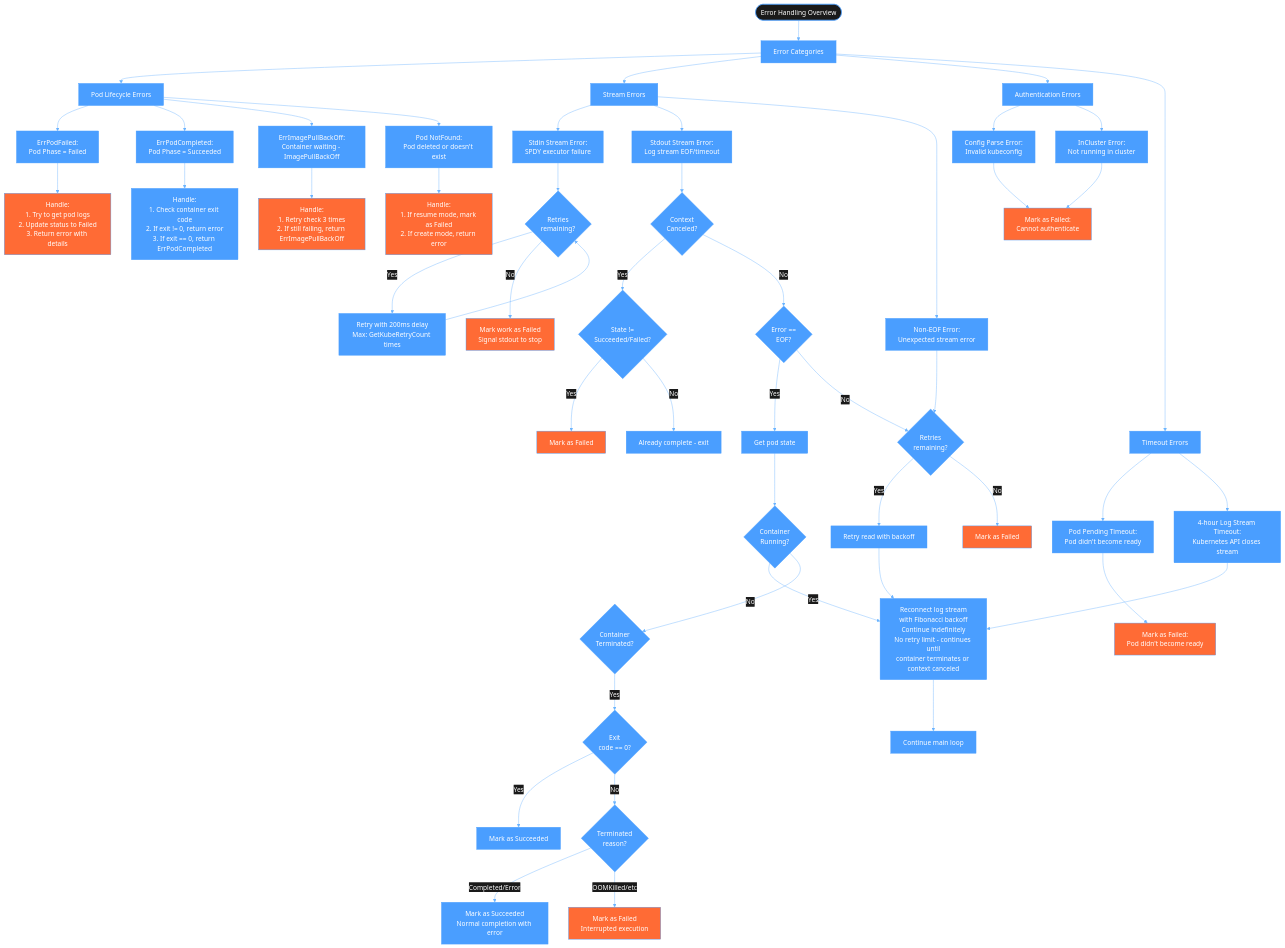
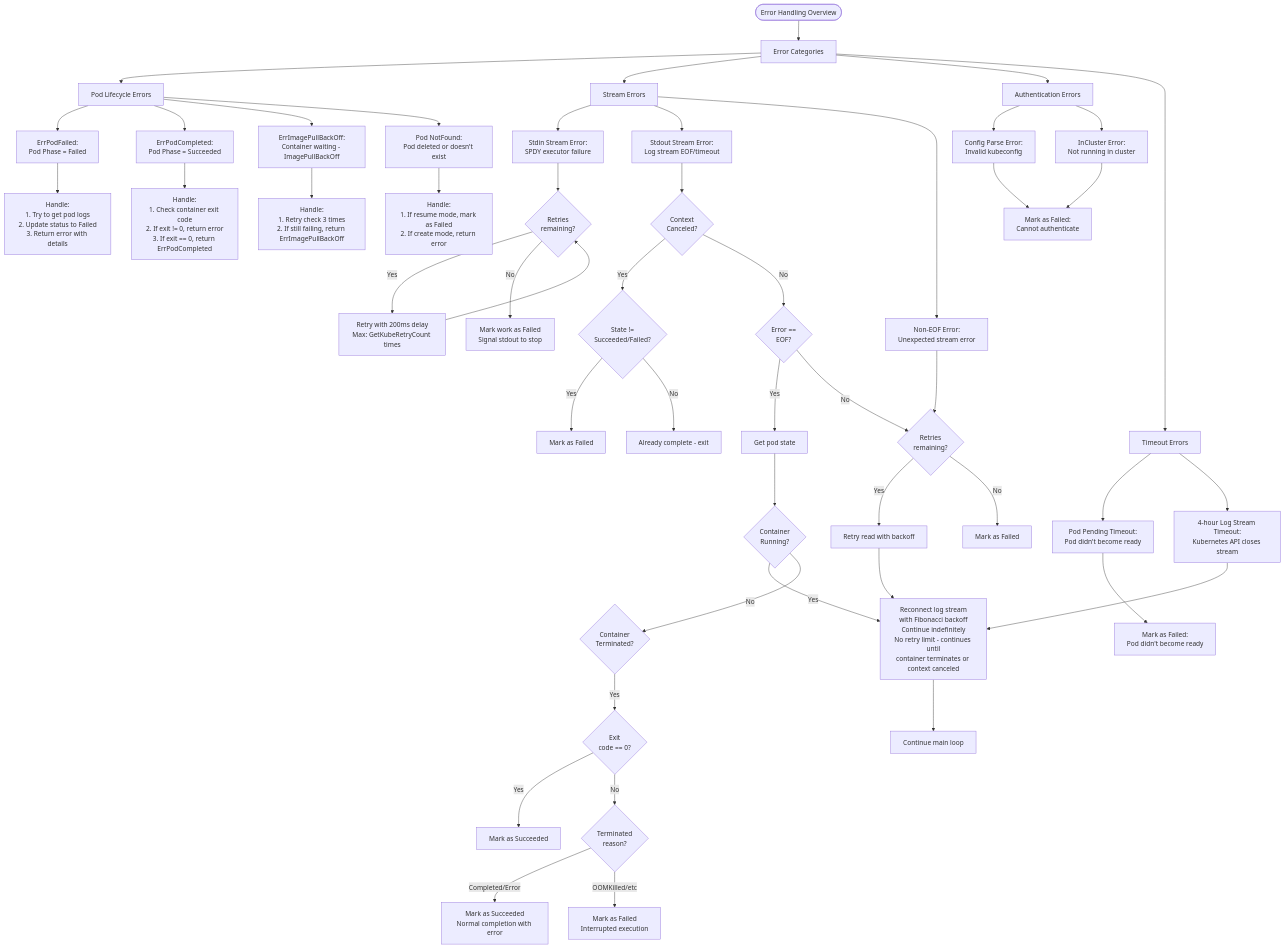
Before and after one commit to ansible/receptor: the seventh of 7 diagrams in docs/diagrams/kubernetes_workflow.md, drawn with Mermaid. The commit also changed other lines of this file, not shown here.

Commit message:
Remove styling so the diagram is legible in both dark mode and light mode

````diff
--- a/docs/diagrams/kubernetes_workflow.md
+++ b/docs/diagrams/kubernetes_workflow.md
@@ -697,5 +671,4 @@
 ```mermaid
-%%{init: {'theme':'base', 'themeVariables': { 'primaryColor':'#4a9eff', 'primaryTextColor':'#ffffff', 'primaryBorderColor':'#4a9eff', 'lineColor':'#6bb3ff', 'secondaryColor':'#1a1a1a', 'tertiaryColor':'#2a2a2a', 'background':'#000000', 'mainBkgColor':'#000000', 'secondBkgColor':'#1a1a1a', 'nodeBkg':'#1a1a1a', 'nodeBorder':'#4a9eff', 'clusterBkg':'#0a0a0a', 'clusterBorder':'#4a9eff', 'defaultLinkColor':'#6bb3ff', 'titleColor':'#ffffff', 'edgeLabelBackground':'#1a1a1a', 'actorBkg':'#000000', 'actorBorder':'#4a9eff', 'actorTextColor':'#ffffff', 'actorLineColor':'#4a9eff', 'signalColor':'#ffffff', 'signalTextColor':'#ffffff', 'labelBoxBkgColor':'#000000', 'labelBoxBorderColor':'#4a9eff', 'labelTextColor':'#ffffff', 'loopTextColor':'#ffffff', 'noteBkgColor':'#000000', 'noteTextColor':'#ffffff', 'noteBorderColor':'#ff6b35', 'activationBkgColor':'#1a1a1a', 'activationBorderColor':'#4a9eff', 'sequenceNumberColor':'#000000'}}}%%
 flowchart TD
     Start([Error Handling Overview]) --> ErrorTypes[Error Categories]
     
@@ -763,19 +736,4 @@
     LogStreamTimeout --> ReconnectLogs
     
     ReconnectLogs --> MainLoop[Continue main loop]
-    
-    style Start fill:#1a1a1a
-    style HandlePodFailed fill:#ff6b35
-    style HandlePodCompleted fill:#4a9eff
-    style HandleImagePull fill:#ff6b35
-    style HandleNotFound fill:#ff6b35
-    style FailStdin fill:#ff6b35
-    style FailContext fill:#ff6b35
-    style ExitContext fill:#4a9eff
-    style Success fill:#4a9eff
-    style SuccessNormal fill:#4a9eff
-    style FailInterrupted fill:#ff6b35
-    style FailNonEOF fill:#ff6b35
-    style FailAuth fill:#ff6b35
-    style FailTimeout fill:#ff6b35
 ```
````
